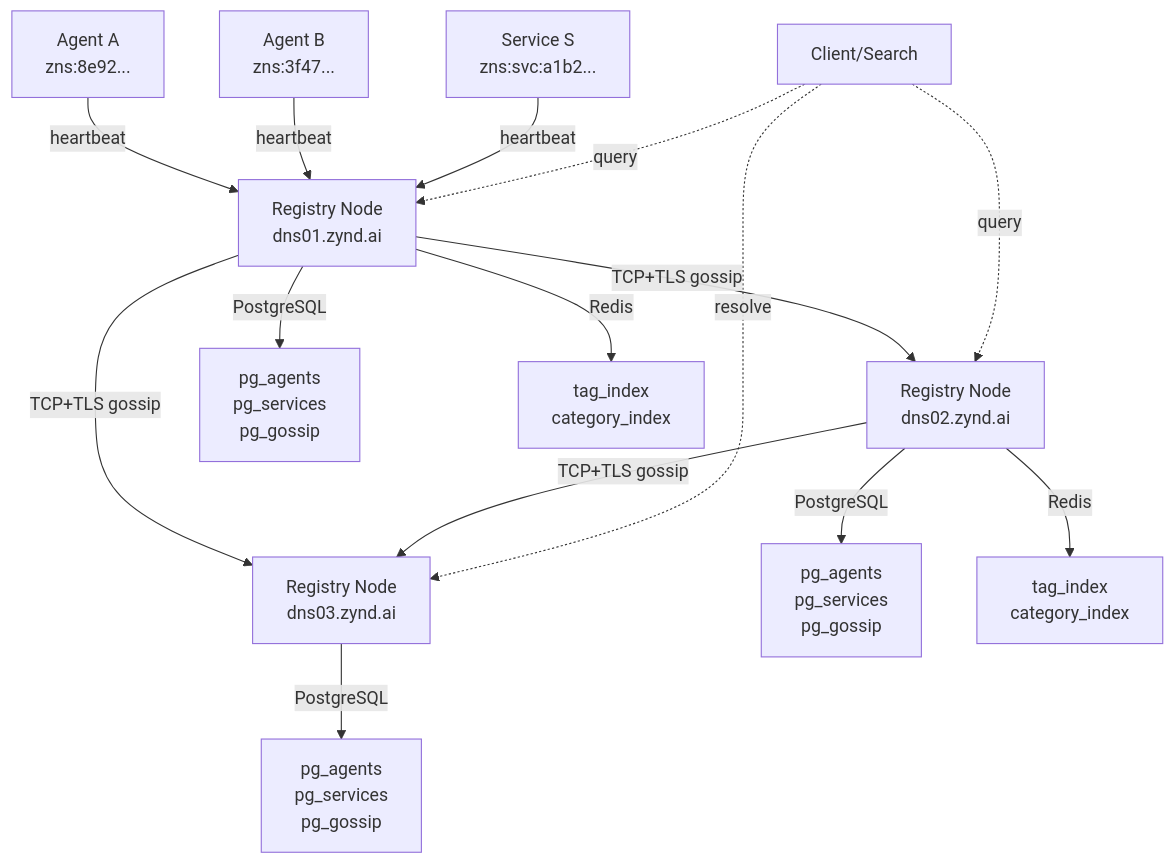
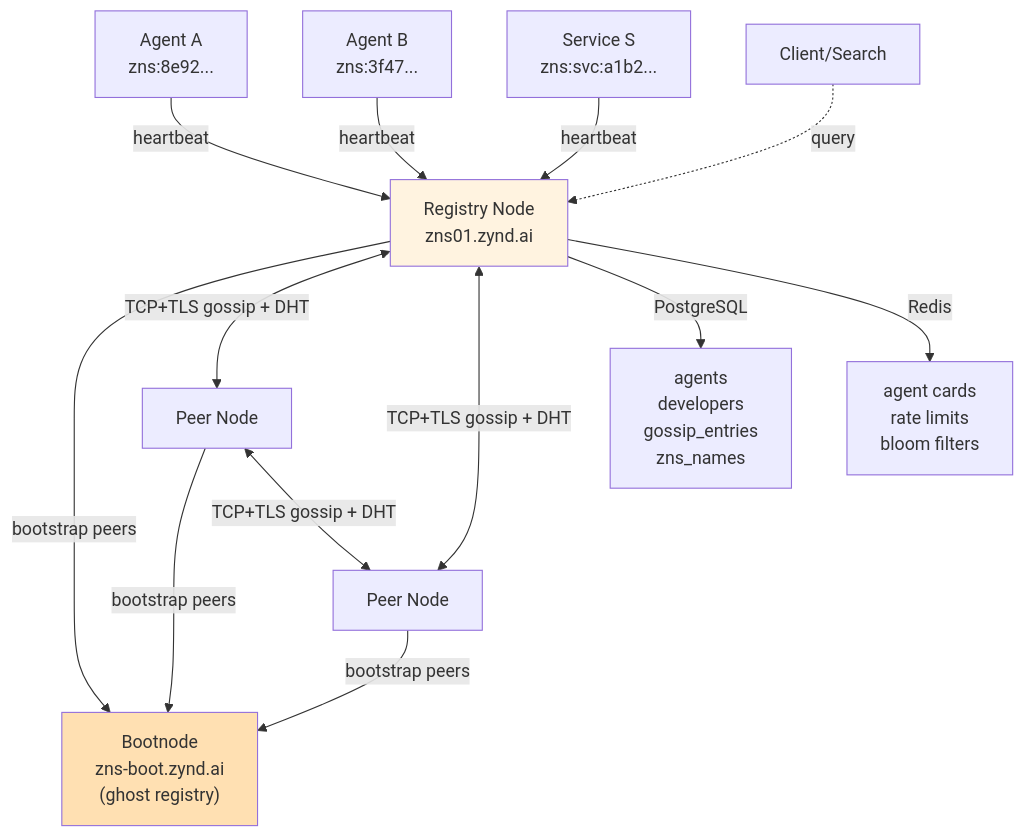
One commit to zyndai/docs changed the diagram in registry/index.md. Above: the diagram before and after it, drawn with Mermaid. The commit also changed other lines of this file and 38 other files, not shown here.

First line of the commit message:
Add deployer + persona docs, refresh architecture for zns01/zns-boot

````diff
--- a/registry/index.md
+++ b/registry/index.md
@@ -12,21 +12,23 @@
 ```mermaid
 graph TD
-    A1["Agent A<br/>zns:8e92..."] -->|heartbeat| R1["Registry Node<br/>dns01.zynd.ai"]
+    A1["Agent A<br/>zns:8e92..."] -->|heartbeat| R1["Registry Node<br/>zns01.zynd.ai"]
     A2["Agent B<br/>zns:3f47..."] -->|heartbeat| R1
     S1["Service S<br/>zns:svc:a1b2..."] -->|heartbeat| R1
 
-    R1 -->|TCP+TLS gossip| R2["Registry Node<br/>dns02.zynd.ai"]
-    R1 -->|TCP+TLS gossip| R3["Registry Node<br/>dns03.zynd.ai"]
-    R2 -->|TCP+TLS gossip| R3
+    Boot["Bootnode<br/>zns-boot.zynd.ai<br/>(ghost registry)"]
+    R1 -->|bootstrap peers| Boot
+    R2["Peer Node"] -->|bootstrap peers| Boot
+    R3["Peer Node"] -->|bootstrap peers| Boot
+
+    R1 <-->|TCP+TLS gossip + DHT| R2
+    R1 <-->|TCP+TLS gossip + DHT| R3
+    R2 <-->|TCP+TLS gossip + DHT| R3
 
     Client["Client/Search"] -.->|query| R1
-    Client -.->|query| R2
-    Client -.->|resolve| R3
 
-    R1 -->|PostgreSQL| DB1["pg_agents<br/>pg_services<br/>pg_gossip"]
-    R2 -->|PostgreSQL| DB2["pg_agents<br/>pg_services<br/>pg_gossip"]
-    R3 -->|PostgreSQL| DB3["pg_agents<br/>pg_services<br/>pg_gossip"]
+    R1 -->|PostgreSQL| DB1["agents<br/>developers<br/>gossip_entries<br/>zns_names"]
+    R1 -->|Redis| C1["agent cards<br/>rate limits<br/>bloom filters"]
 
-    R1 -->|Redis| C1["tag_index<br/>category_index"]
-    R2 -->|Redis| C2["tag_index<br/>category_index"]
+    style Boot fill:#ffe0b2
+    style R1 fill:#fff3e0
 ```
````
